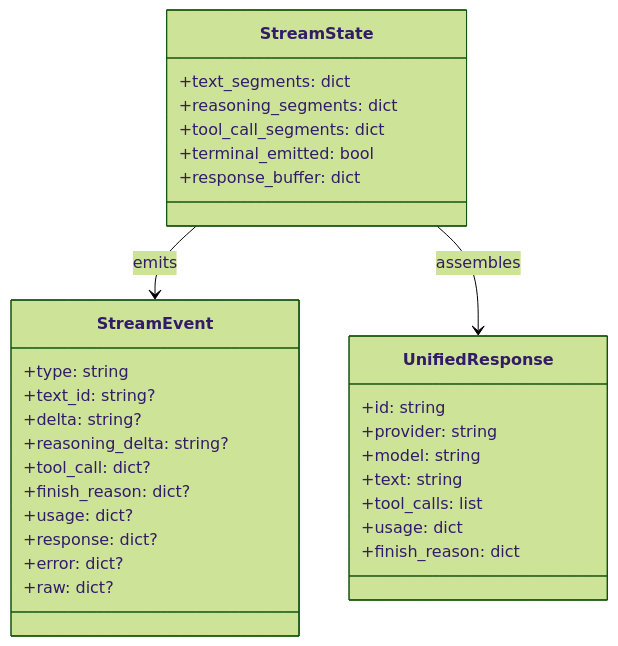
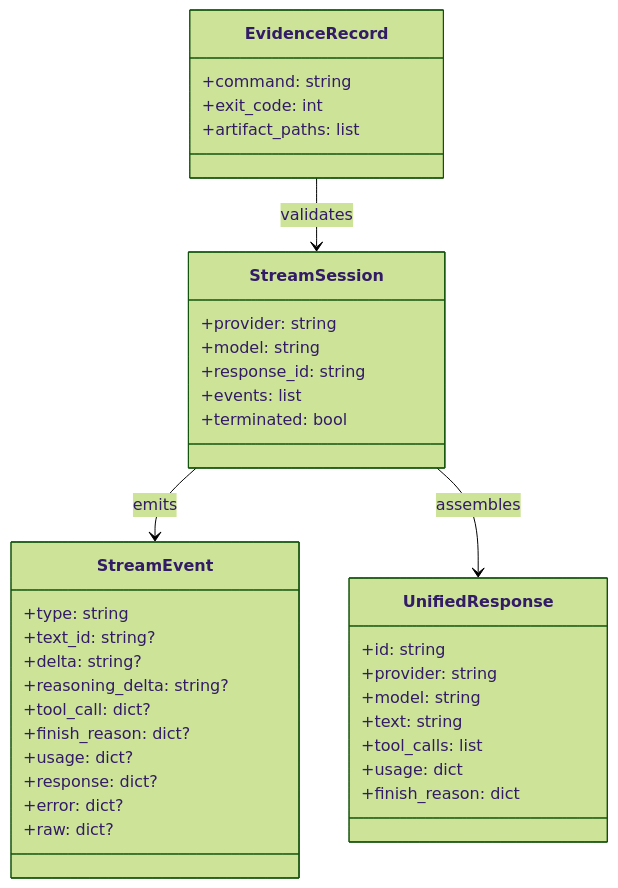
One commit to jaytaylor/attractor-tcl changed the first of 5 diagrams in docs/sprints/SPRINT-005-comprehensive-implementation-plan.md. Above: the diagram before and after it, drawn with Mermaid (forest theme). The commit also changed other lines of this file, not shown here.

````diff
--- a/docs/sprints/SPRINT-005-comprehensive-implementation-plan.md
+++ b/docs/sprints/SPRINT-005-comprehensive-implementation-plan.md
@@ -971,36 +801,43 @@
 ```mermaid
 classDiagram
   class StreamEvent {
     +type: string
     +text_id: string?
     +delta: string?
     +reasoning_delta: string?
     +tool_call: dict?
     +finish_reason: dict?
     +usage: dict?
     +response: dict?
     +error: dict?
     +raw: dict?
   }
 
+  class StreamSession {
+    +provider: string
+    +model: string
+    +response_id: string
+    +events: list
+    +terminated: bool
+  }
+
   class UnifiedResponse {
     +id: string
     +provider: string
     +model: string
     +text: string
     +tool_calls: list
     +usage: dict
     +finish_reason: dict
   }
 
-  class StreamState {
-    +text_segments: dict
-    +reasoning_segments: dict
-    +tool_call_segments: dict
-    +terminal_emitted: bool
-    +response_buffer: dict
+  class EvidenceRecord {
+    +command: string
+    +exit_code: int
+    +artifact_paths: list
   }
 
-  StreamState --> StreamEvent : emits
-  StreamState --> UnifiedResponse : assembles
+  StreamSession --> StreamEvent : emits
+  StreamSession --> UnifiedResponse : assembles
+  EvidenceRecord --> StreamSession : validates
 ```
````
